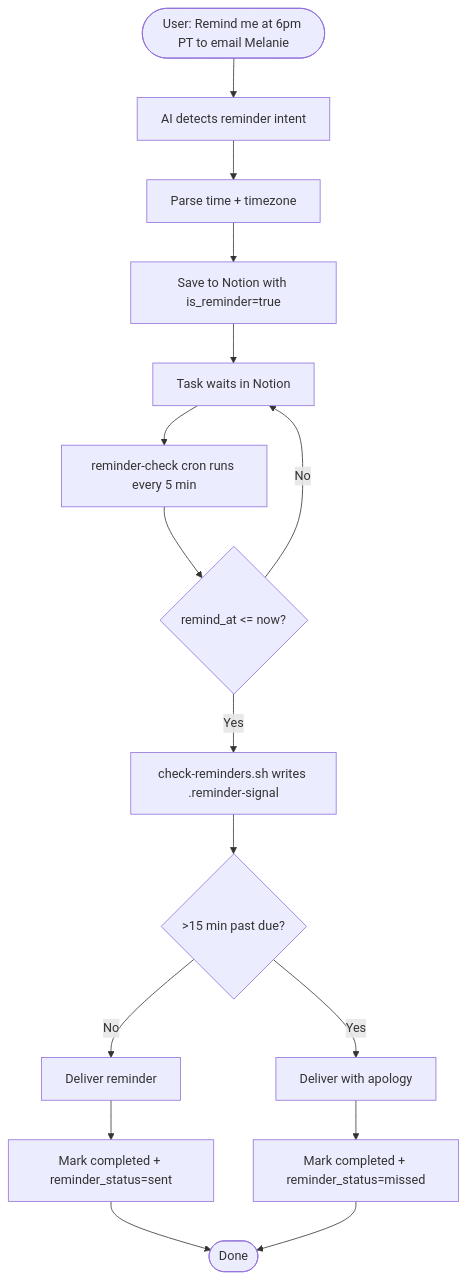
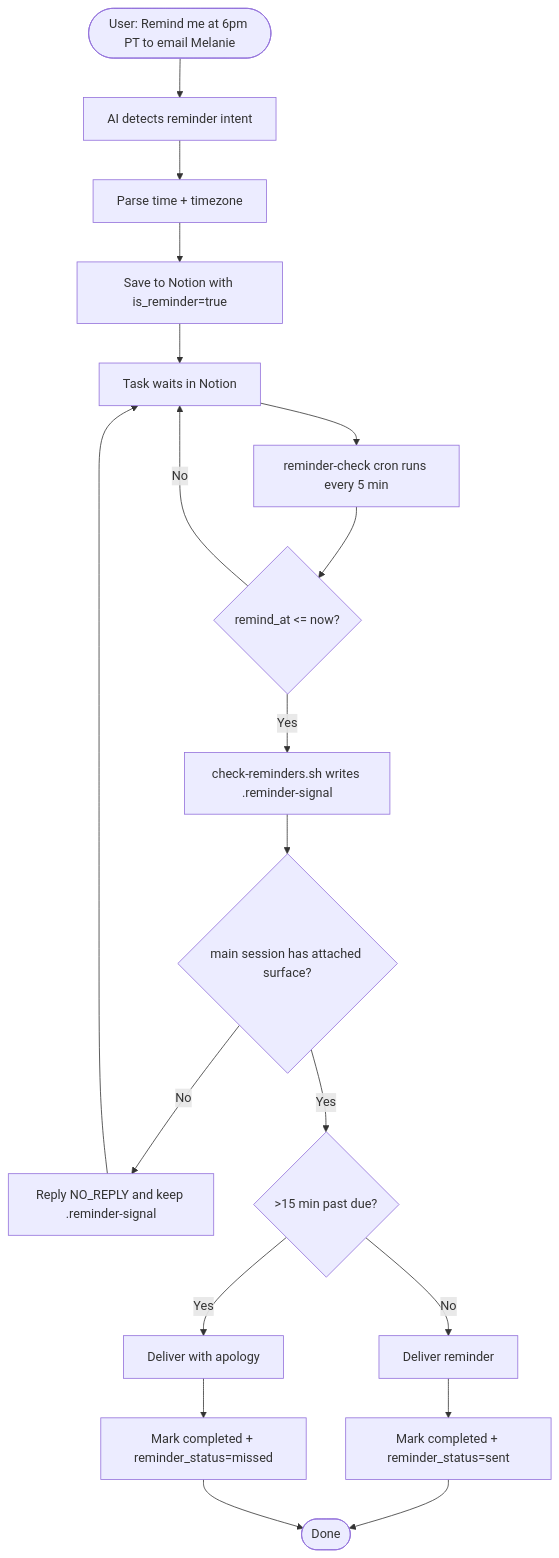
Before and after one commit to NickBorgersProbably/hide-my-list: diagram 28 of 29 in docs/task-lifecycle.md, drawn with Mermaid. The commit also changed other lines of this file and 8 other files, not shown here.

````diff
--- a/docs/task-lifecycle.md
+++ b/docs/task-lifecycle.md
@@ -928,22 +928,25 @@
 ```mermaid
 flowchart TD
     Intake([User: Remind me at 6pm PT to email Melanie]) --> Detect[AI detects reminder intent]
     Detect --> Parse[Parse time + timezone]
     Parse --> Save[Save to Notion with is_reminder=true]
 
     Save --> Wait[Task waits in Notion]
     Wait --> Cron[reminder-check cron runs every 5 min]
     Cron --> Due{remind_at <= now?}
     Due -->|No| Wait
     Due -->|Yes| Signal[check-reminders.sh writes .reminder-signal]
-    Signal --> Late{>15 min past due?}
+    Signal --> Surface{main session has attached surface?}
+    Surface -->|No| Retry[Reply NO_REPLY and keep .reminder-signal]
+    Retry --> Wait
+    Surface -->|Yes| Late{>15 min past due?}
 
     Late -->|No| Send[Deliver reminder]
     Late -->|Yes| SendMissed[Deliver with apology]
 
     Send --> Complete[Mark completed + reminder_status=sent]
     SendMissed --> Complete2[Mark completed + reminder_status=missed]
 
     Complete --> Done([Done])
     Complete2 --> Done
 ```
````
